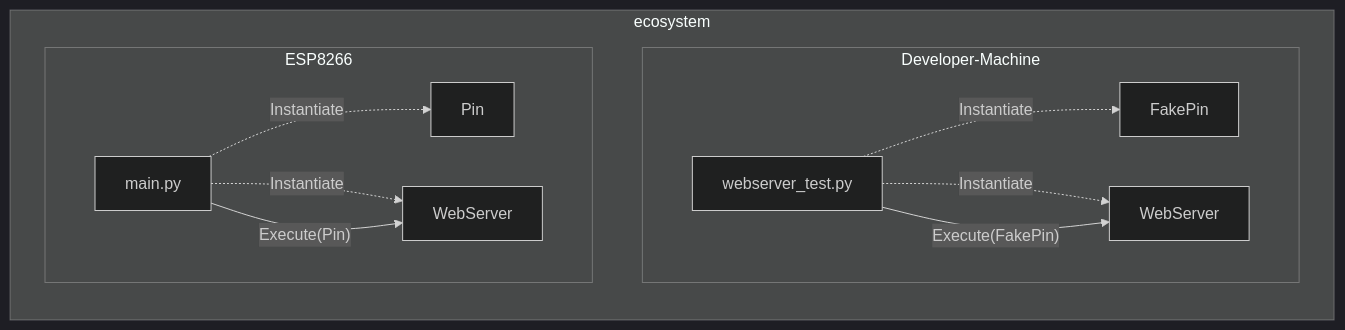
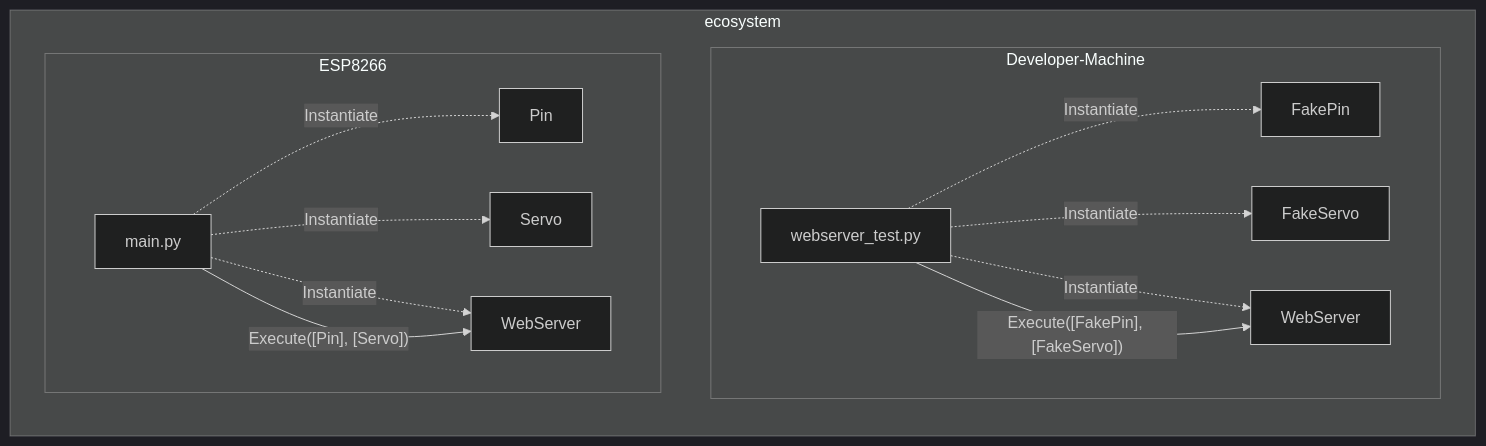
Before and after one commit to freemansoft/ESP8266-MicroPython: the second of 4 diagrams in README.md, drawn with Mermaid (dark theme).

Commit message:
Forgot to add FakeServo and Servo to ecosystem

````diff
--- a/README.md
+++ b/README.md
@@ -90,24 +90,28 @@
 ```mermaid
 graph LR;
     subgraph ecosystem
         subgraph Developer-Machine
             webserver_test.py
             WebServer-Dev[WebServer]
             FakePin
+            FakeServo
         end
         subgraph ESP8266
             main.py
             WebServer-ESP[WebServer]
             Pin
+            Servo
         end
     end
 
     webserver_test.py -.->|Instantiate|FakePin
+    webserver_test.py -.->|Instantiate|FakeServo
     webserver_test.py -.->|Instantiate|WebServer-Dev
-    webserver_test.py --> |"Execute(FakePin)"|WebServer-Dev
+    webserver_test.py --> |"Execute([FakePin], [FakeServo])"|WebServer-Dev
 
     main.py -.->|Instantiate| Pin
+    main.py -.->|Instantiate| Servo
     main.py -.->|Instantiate| WebServer-ESP
-    main.py --> |"Execute(Pin)"| WebServer-ESP
+    main.py --> |"Execute([Pin], [Servo])"| WebServer-ESP
 
 ```
````
